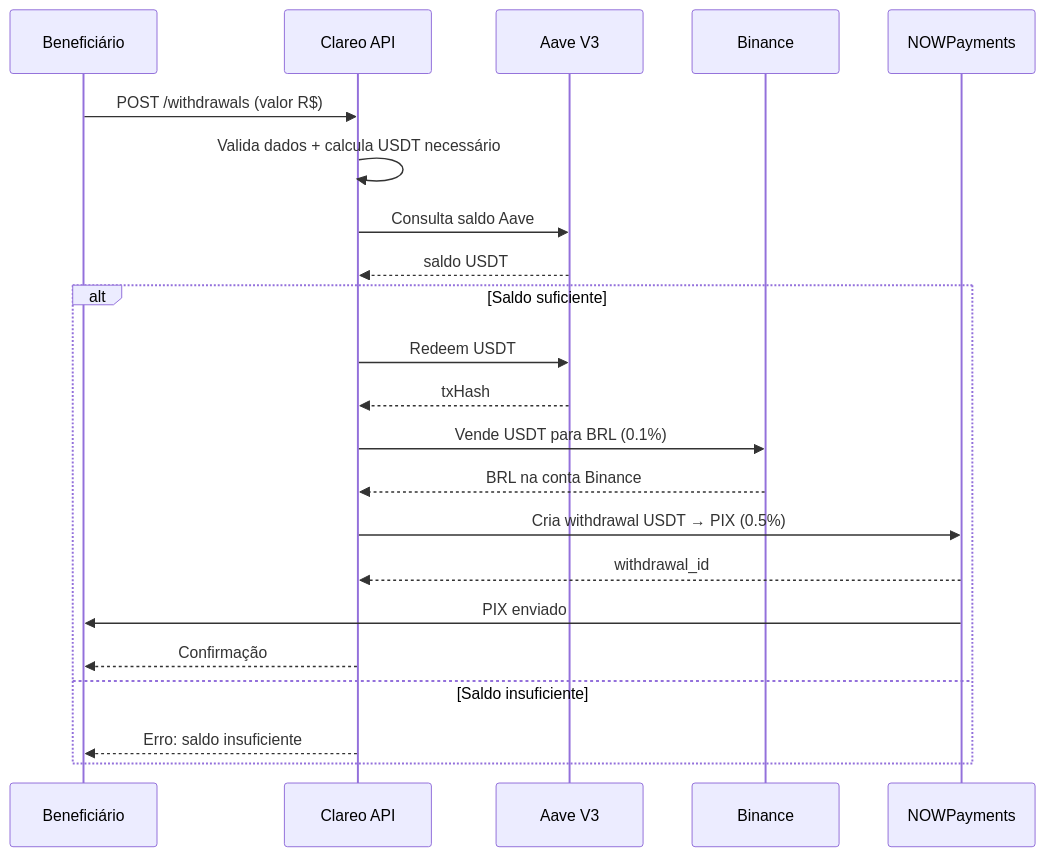
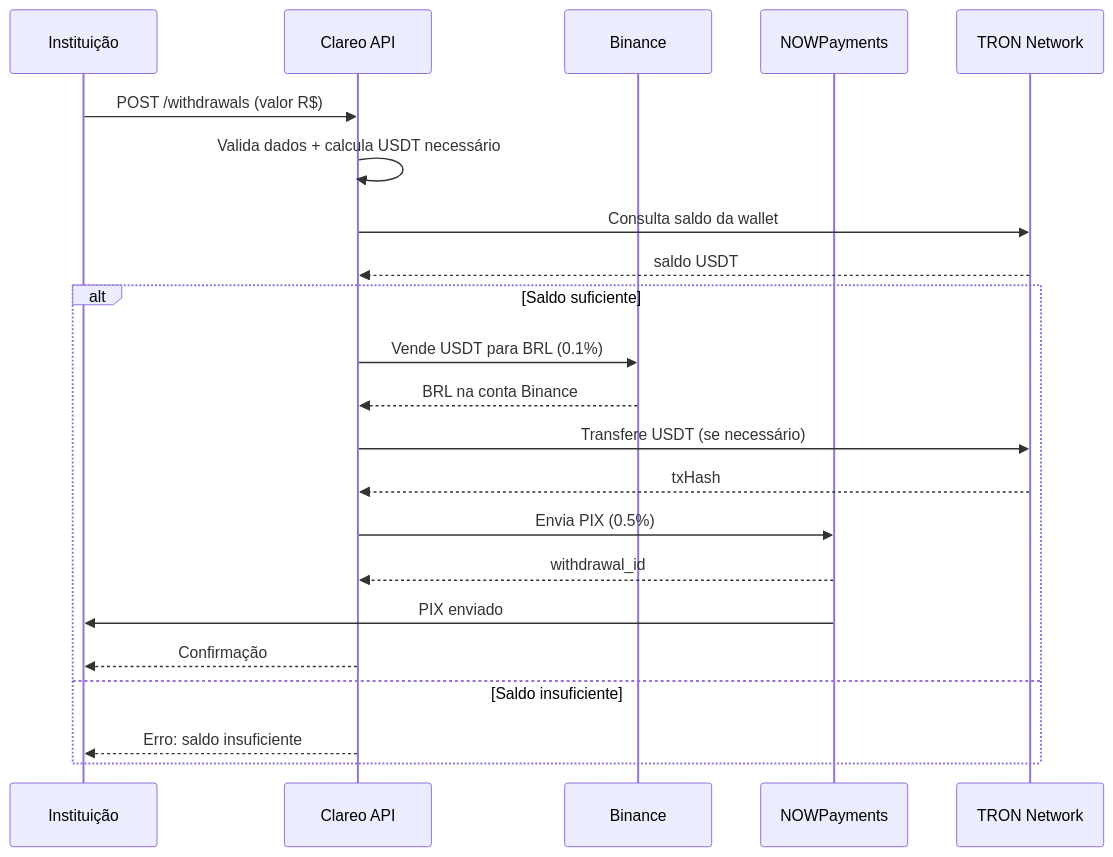
The fourth of 6 diagrams in doc/16-DIAGRAMAS.md (GabrielHR0/clareo-api), drawn with Mermaid before and after one commit. The commit also changed other lines of this file and 7 other files, not shown here.

````diff
--- a/doc/16-DIAGRAMAS.md
+++ b/doc/16-DIAGRAMAS.md
@@ -133,30 +113,30 @@
 ```mermaid
 sequenceDiagram
-    participant B as Beneficiário
+    participant I as Instituição
     participant A as Clareo API
-    participant Av as Aave V3
     participant X as Binance
     participant N as NOWPayments
+    participant T as TRON Network
 
-    B->>A: POST /withdrawals (valor R$)
+    I->>A: POST /withdrawals (valor R$)
     A->>A: Valida dados + calcula USDT necessário
 
-    A->>Av: Consulta saldo Aave
-    Av-->>A: saldo USDT
+    A->>T: Consulta saldo da wallet
+    T-->>A: saldo USDT
 
     alt Saldo suficiente
-        A->>Av: Redeem USDT
-        Av-->>A: txHash
-
         A->>X: Vende USDT para BRL (0.1%)
         X-->>A: BRL na conta Binance
 
-        A->>N: Cria withdrawal USDT → PIX (0.5%)
+        A->>T: Transfere USDT (se necessário)
+        T-->>A: txHash
+
+        A->>N: Envia PIX (0.5%)
         N-->>A: withdrawal_id
 
-        N->>B: PIX enviado
-        A-->>B: Confirmação
+        N->>I: PIX enviado
+        A-->>I: Confirmação
     else Saldo insuficiente
-        A-->>B: Erro: saldo insuficiente
+        A-->>I: Erro: saldo insuficiente
     end
 ```
````
